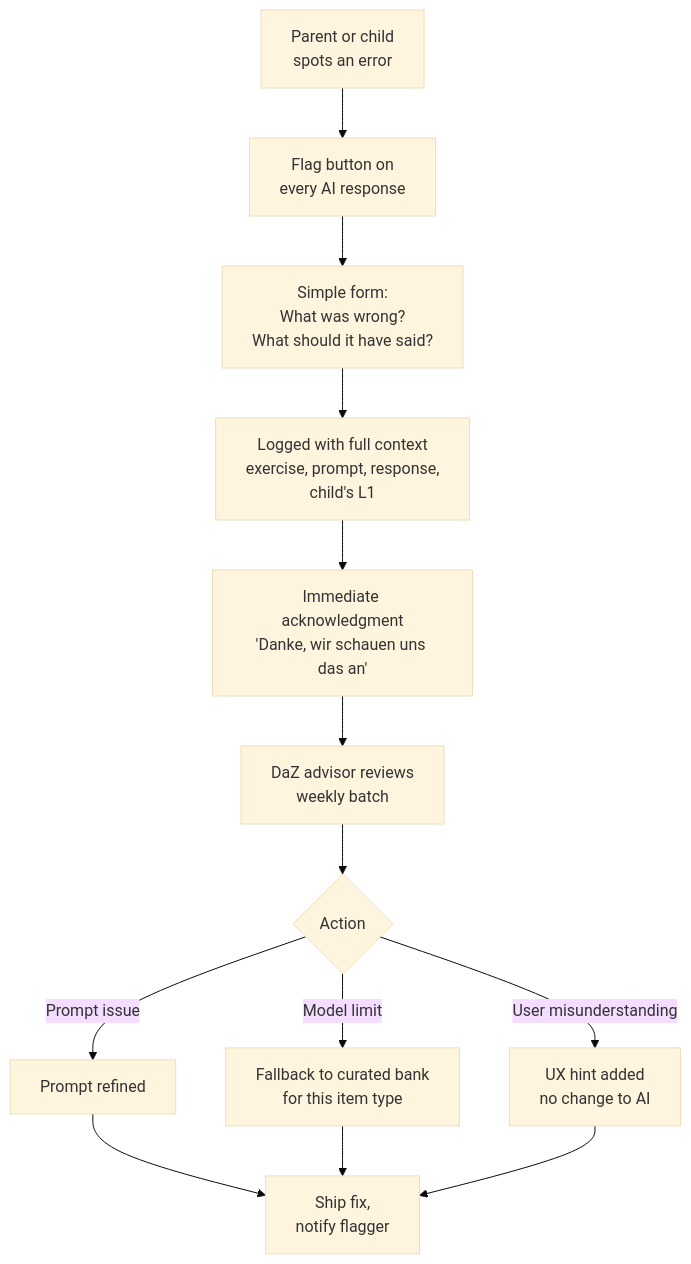
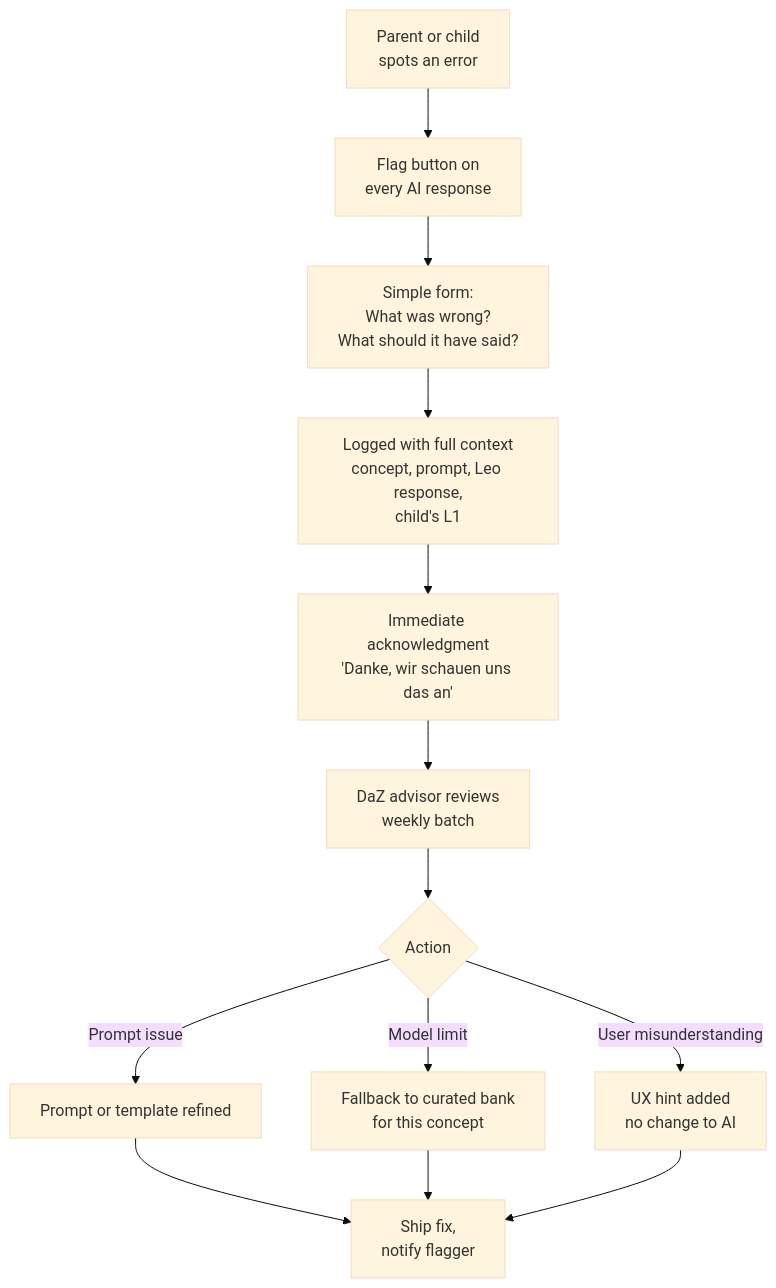
Before and after one commit to romank-crisp/gymi-pruf: diagram 14 of 16 in docs/product/user-flows-and-interaction.md, drawn with Mermaid (base theme). The commit also changed other lines of this file and 3 other files, not shown here.

````diff
--- a/docs/product/user-flows-and-interaction.md
+++ b/docs/product/user-flows-and-interaction.md
@@ -376,15 +451,15 @@
 ```mermaid
 flowchart TD
     T[Parent or child<br/>spots an error] --> F[Flag button on<br/>every AI response]
     F --> FORM[Simple form:<br/>What was wrong?<br/>What should it have said?]
-    FORM --> LOG[Logged with full context<br/>exercise, prompt, response,<br/>child's L1]
+    FORM --> LOG[Logged with full context<br/>concept, prompt, Leo response,<br/>child's L1]
     LOG --> ACK[Immediate acknowledgment<br/>'Danke, wir schauen uns das an']
     ACK --> REVIEW[DaZ advisor reviews<br/>weekly batch]
     REVIEW --> FIX{Action}
-    FIX -->|Prompt issue| PF[Prompt refined]
-    FIX -->|Model limit| FB[Fallback to curated bank<br/>for this item type]
+    FIX -->|Prompt issue| PF[Prompt or template refined]
+    FIX -->|Model limit| FB[Fallback to curated bank<br/>for this concept]
     FIX -->|User misunderstanding| UF[UX hint added<br/>no change to AI]
     PF --> UPDATE[Ship fix,<br/>notify flagger]
     FB --> UPDATE
     UF --> UPDATE
 ```
````
